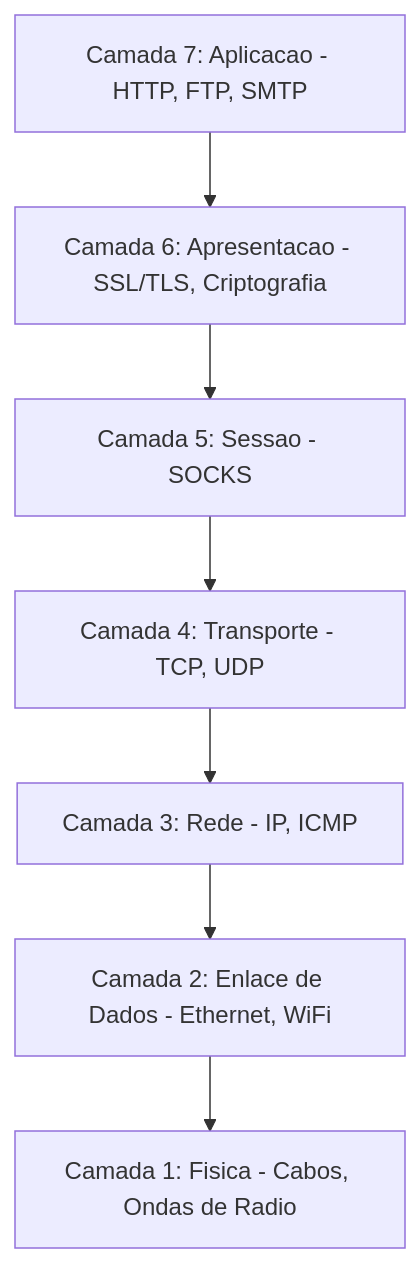
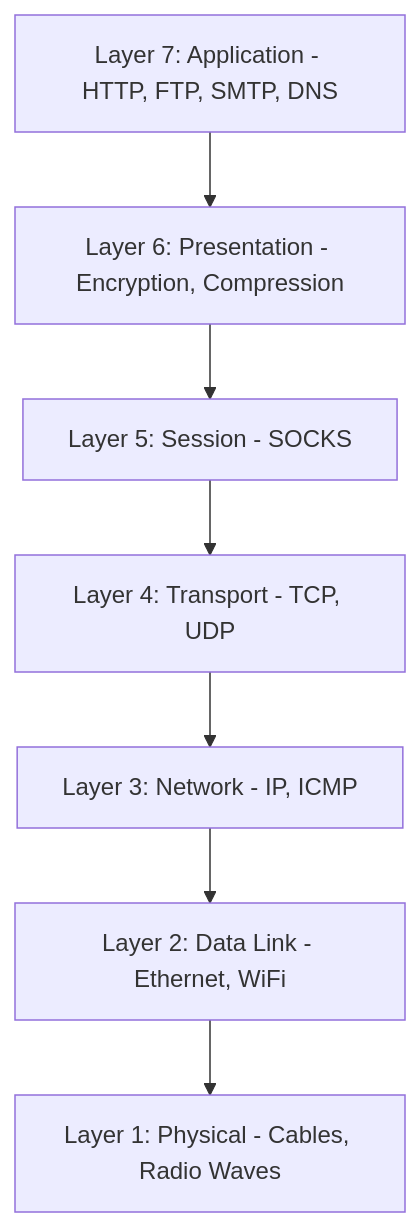
One commit to autoscrape-labs/pydoll changed the first of 3 diagrams in docs/pt/deep-dive/network/network-fundamentals.md. Above: the diagram before and after it, drawn with Mermaid. The commit also changed other lines of this file and 9 other files, not shown here.

````diff
--- a/docs/pt/deep-dive/network/network-fundamentals.md
+++ b/docs/pt/deep-dive/network/network-fundamentals.md
@@ -31,12 +20,12 @@
 ```mermaid
 graph TD
-    L7[Camada 7: Aplicacao - HTTP, FTP, SMTP]
-    L6[Camada 6: Apresentacao - SSL/TLS, Criptografia]
-    L5[Camada 5: Sessao - SOCKS]
-    L4[Camada 4: Transporte - TCP, UDP]
-    L3[Camada 3: Rede - IP, ICMP]
-    L2[Camada 2: Enlace de Dados - Ethernet, WiFi]
-    L1[Camada 1: Fisica - Cabos, Ondas de Radio]
-    
+    L7[Layer 7: Application - HTTP, FTP, SMTP, DNS]
+    L6[Layer 6: Presentation - Encryption, Compression]
+    L5[Layer 5: Session - SOCKS]
+    L4[Layer 4: Transport - TCP, UDP]
+    L3[Layer 3: Network - IP, ICMP]
+    L2[Layer 2: Data Link - Ethernet, WiFi]
+    L1[Layer 1: Physical - Cables, Radio Waves]
+
     L7 --> L6 --> L5 --> L4 --> L3 --> L2 --> L1
 ```
````
